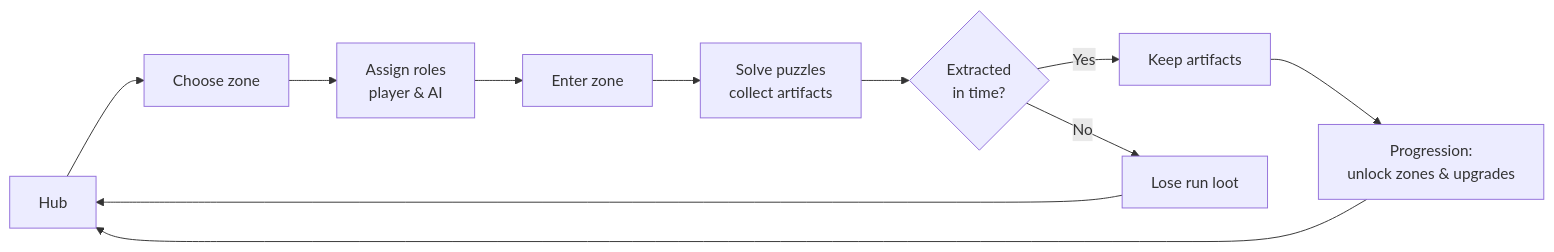
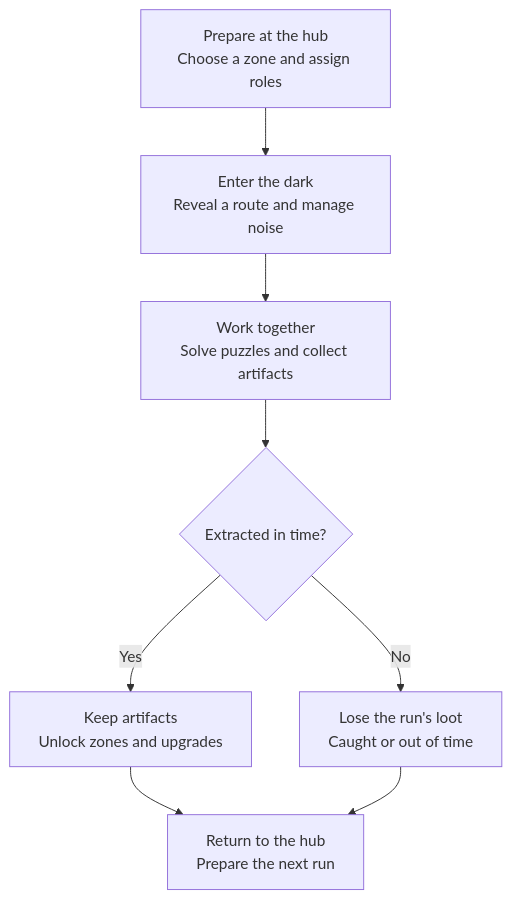
Before and after one commit to VarikSoft/echosound: the first of 3 diagrams in README.md, drawn with Mermaid. The commit also changed other lines of this file and 219 other files, not shown here.

````diff
--- a/README.md
+++ b/README.md
@@ -20,13 +24,17 @@
 ```mermaid
-flowchart LR
-    Hub["Hub"] --> Choose["Choose zone"]
-    Choose --> Role["Assign roles<br/>player & AI"]
-    Role --> Enter["Enter zone"]
-    Enter --> Play["Solve puzzles<br/>collect artifacts"]
-    Play --> Extract{"Extracted<br/>in time?"}
-    Extract -- Yes --> Keep["Keep artifacts"]
-    Extract -- No --> Lose["Lose run loot"]
-    Keep --> Progress["Progression:<br/>unlock zones & upgrades"]
-    Progress --> Hub
-    Lose --> Hub
+flowchart TB
+    accTitle: The extraction loop
+    accDescr: Prepare at the hub, explore a zone, solve puzzles and attempt extraction. Success keeps artifacts; failure loses run loot. Both return to the hub.
+    Hub["Prepare at the hub<br/>Choose a zone and assign roles"]
+    Explore["Enter the dark<br/>Reveal a route and manage noise"]
+    Solve["Work together<br/>Solve puzzles and collect artifacts"]
+    Exit{"Extracted in time?"}
+    Keep["Keep artifacts<br/>Unlock zones and upgrades"]
+    Lose["Lose the run's loot<br/>Caught or out of time"]
+
+    Hub --> Explore --> Solve --> Exit
+    Exit -->|Yes| Keep
+    Exit -->|No| Lose
+    Keep --> Return["Return to the hub<br/>Prepare the next run"]
+    Lose --> Return
 ```
````
